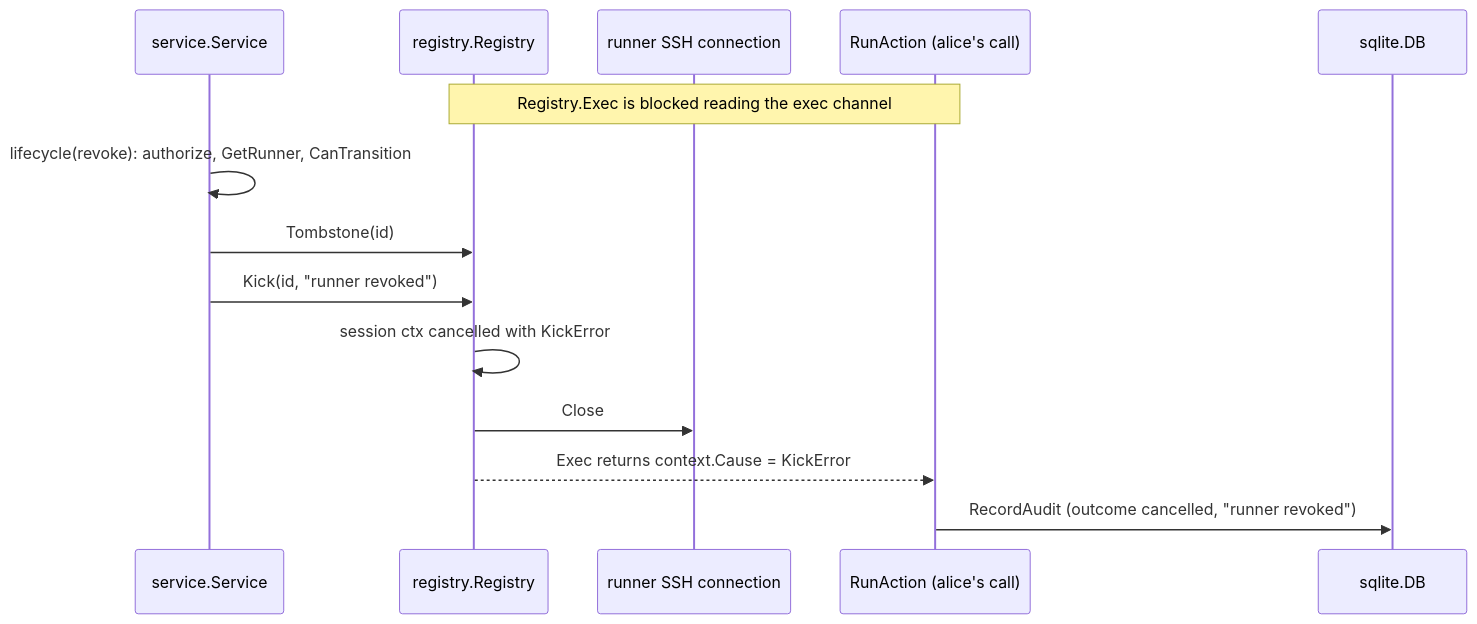
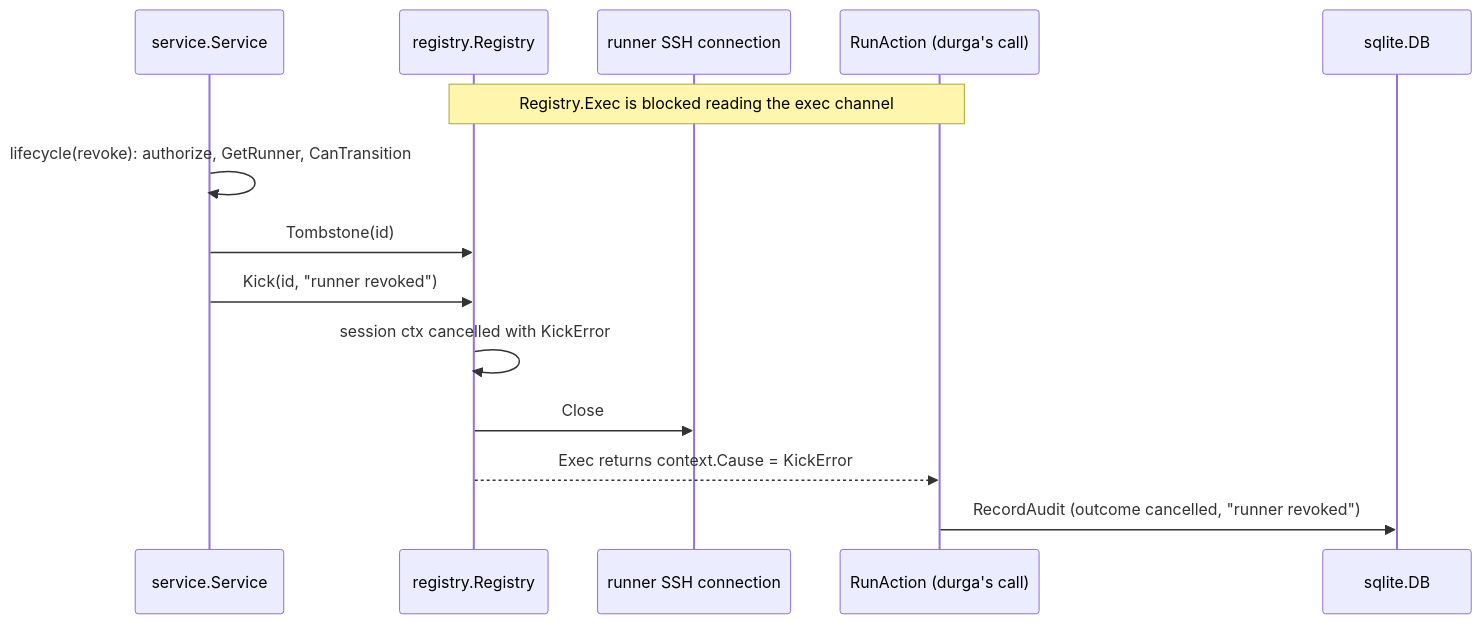
Before and after one commit to mirastacklabs-ai/mirafleet: diagram 15 of 29 in docs/guide/04-flows.md, drawn with Mermaid. The commit also changed other lines of this file and 7 other files, not shown here.

````diff
--- a/docs/guide/04-flows.md
+++ b/docs/guide/04-flows.md
@@ -926,17 +926,17 @@
 ```mermaid
 sequenceDiagram
   participant Service as service.Service
   participant Registry as registry.Registry
   participant Conn as runner SSH connection
-  participant RunAction as RunAction (alice's call)
+  participant RunAction as RunAction (durga's call)
   participant sqlite as sqlite.DB
 
   Note over RunAction,Registry: Registry.Exec is blocked reading the exec channel
   Service->>Service: lifecycle(revoke): authorize, GetRunner, CanTransition
   Service->>Registry: Tombstone(id)
   Service->>Registry: Kick(id, "runner revoked")
   Registry->>Registry: session ctx cancelled with KickError
   Registry->>Conn: Close
   Registry-->>RunAction: Exec returns context.Cause = KickError
   RunAction->>sqlite: RecordAudit (outcome cancelled, "runner revoked")
 ```
````
